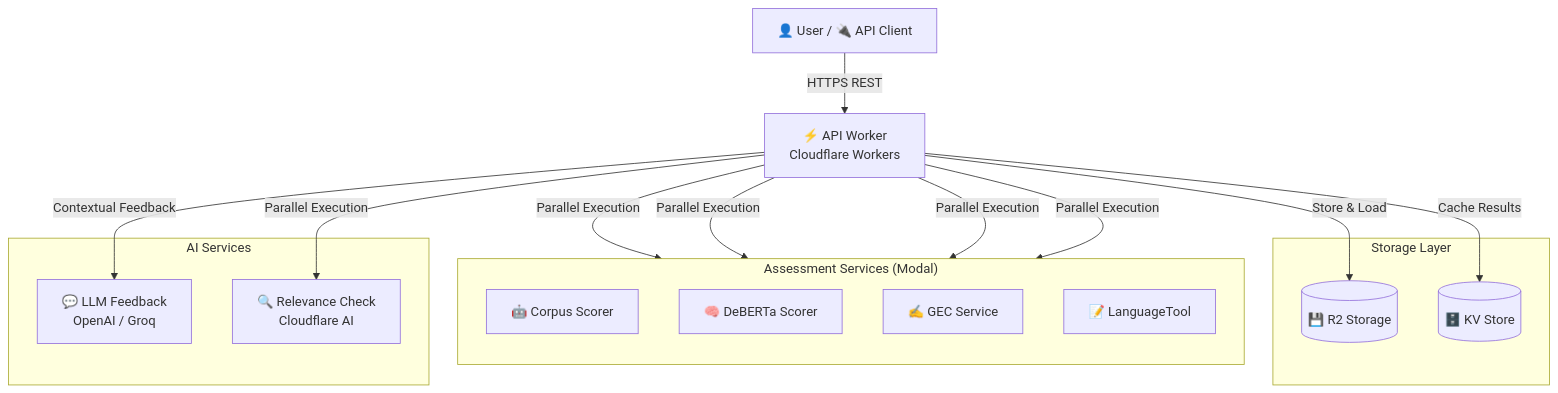
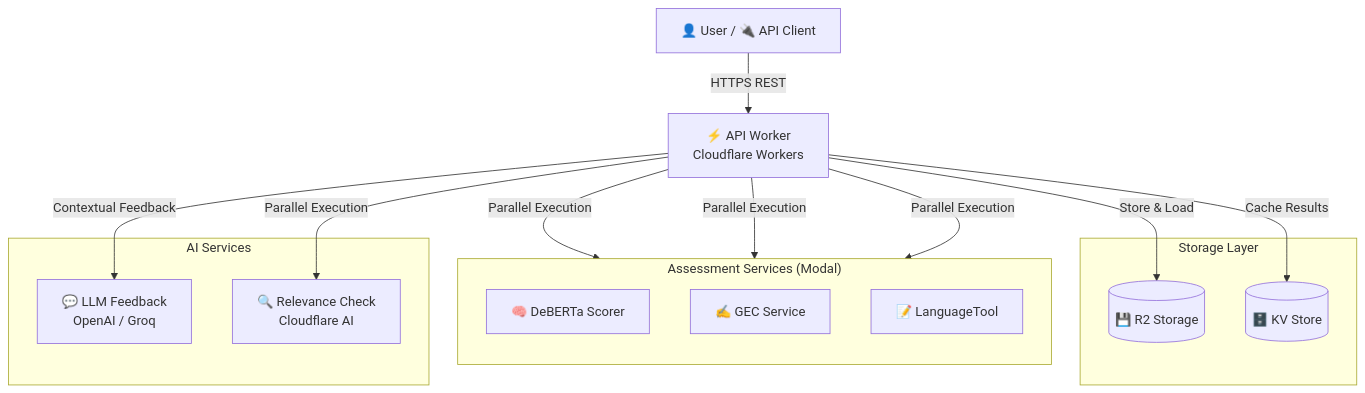
Before and after one commit to rgilks/writeo: the first of 2 diagrams in docs/architecture/overview.md, drawn with Mermaid. The commit also changed other lines of this file and 31 other files, not shown here.

````diff
--- a/docs/architecture/overview.md
+++ b/docs/architecture/overview.md
@@ -74,33 +73,31 @@
 ```mermaid
 graph TB
     Client[👤 User / 🔌 API Client] -->|HTTPS REST| API[⚡ API Worker<br/>Cloudflare Workers]
 
     subgraph "Storage Layer"
         R2[(💾 R2 Storage)]
         KV[(🗄️ KV Store)]
     end
 
     subgraph "Assessment Services (Modal)"
         direction TB
-        Corpus[🤖 Corpus Scorer]
         Deberta[🧠 DeBERTa Scorer]
         GEC[✍️ GEC Service]
         LT[📝 LanguageTool]
     end
 
     subgraph "AI Services"
         LLM[💬 LLM Feedback<br/>OpenAI / Groq]
         Rel[🔍 Relevance Check<br/>Cloudflare AI]
     end
 
     API -->|Store & Load| R2
     API -->|Cache Results| KV
 
-    API -->|Parallel Execution| Corpus
     API -->|Parallel Execution| Deberta
     API -->|Parallel Execution| GEC
     API -->|Parallel Execution| LT
     API -->|Parallel Execution| Rel
 
     API -->|Contextual Feedback| LLM
 ```
````
